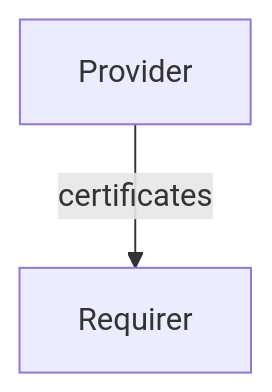
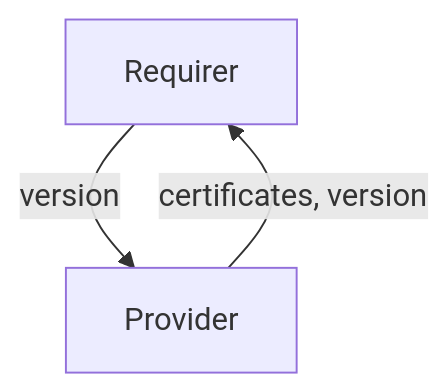
The diagram in interfaces/certificate_transfer/v1/README.md (canonical/charm-relation-interfaces), drawn with Mermaid before and after one commit. The commit also changed other lines of this file and 3 other files, not shown here.

````diff
--- a/interfaces/certificate_transfer/v1/README.md
+++ b/interfaces/certificate_transfer/v1/README.md
@@ -11,4 +11,5 @@
 ```mermaid
 flowchart TD
-    Provider -- certificates --> Requirer
+    Requirer -- version --> Provider
+    Provider -- certificates, version --> Requirer
 ```
````
